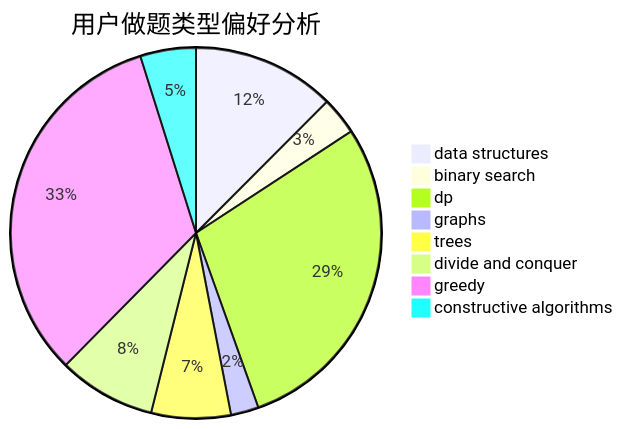
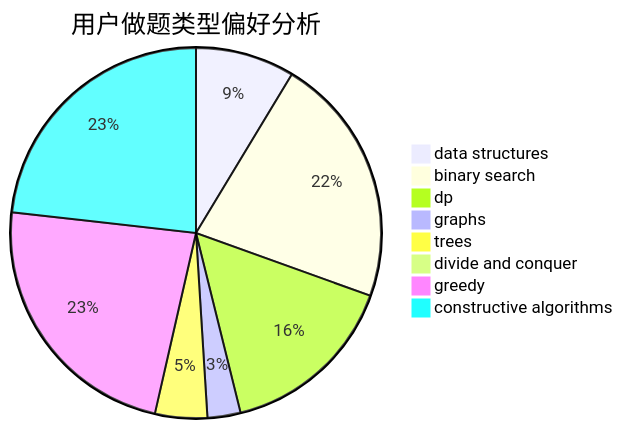
Before and after one commit to sherpahu/cfrs.github.io: the second of 3 diagrams in docs/user/u198.md, drawn with Mermaid. The commit also changed other lines of this file and 2770 other files, not shown here.

````diff
--- a/docs/user/u198.md
+++ b/docs/user/u198.md
@@ -23,11 +23,11 @@
 ```mermaid
 pie title 用户做题类型偏好分析
-    "data structures" :  72
-    "binary search" :  19
-    "dp" :  166
-    "graphs" :  14
-    "trees" :  40
-    "divide and conquer" :  49
-    "greedy" :  189
-    "constructive algorithms" :  28
+    "data structures" :  57
+    "binary search" :  144
+    "dp" :  103
+    "graphs" :  19
+    "trees" :  30
+    "divide and conquer" :  0
+    "greedy" :  153
+    "constructive algorithms" :  153
 ```
````
